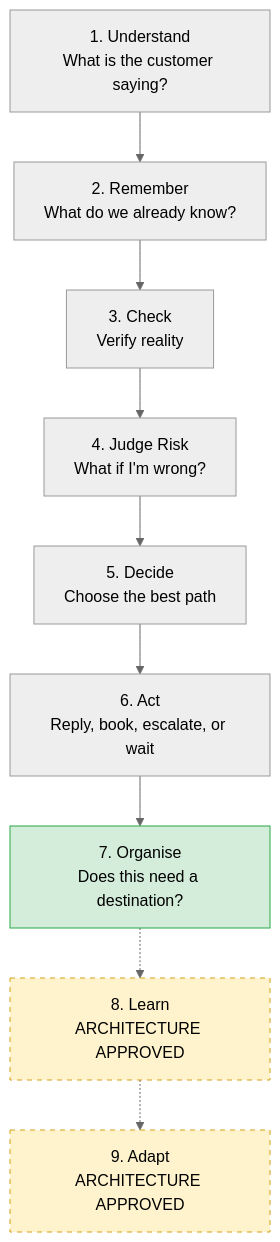
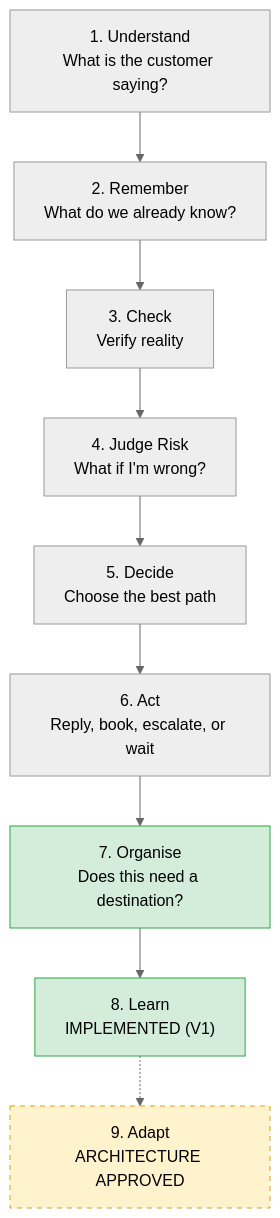
One commit to rumen32215/replyflow-production changed the first of 2 diagrams in DOCS/CONSTITUTION/10-ReplyFlow-Brain-Architecture.md. Above: the diagram before and after it, drawn with Mermaid (neutral theme). The commit also changed other lines of this file and 2 other files, not shown here.

````diff
--- a/DOCS/CONSTITUTION/10-ReplyFlow-Brain-Architecture.md
+++ b/DOCS/CONSTITUTION/10-ReplyFlow-Brain-Architecture.md
@@ -15,15 +15,15 @@
 ```mermaid
 flowchart TD
     A["1. Understand<br/>What is the customer saying?"] --> B["2. Remember<br/>What do we already know?"]
     B --> C["3. Check<br/>Verify reality"]
     C --> D["4. Judge Risk<br/>What if I'm wrong?"]
     D --> E["5. Decide<br/>Choose the best path"]
     E --> F["6. Act<br/>Reply, book, escalate, or wait"]
     F --> G["7. Organise<br/>Does this need a destination?"]
-    G -.-> H["8. Learn<br/>ARCHITECTURE APPROVED"]
+    G --> H["8. Learn<br/>IMPLEMENTED (V1)"]
     H -.-> I["9. Adapt<br/>ARCHITECTURE APPROVED"]
 
     style G fill:#d4edda,stroke:#28a745
-    style H fill:#fff3cd,stroke:#d4a017,stroke-dasharray: 5 5
+    style H fill:#d4edda,stroke:#28a745
     style I fill:#fff3cd,stroke:#d4a017,stroke-dasharray: 5 5
 ```
````
